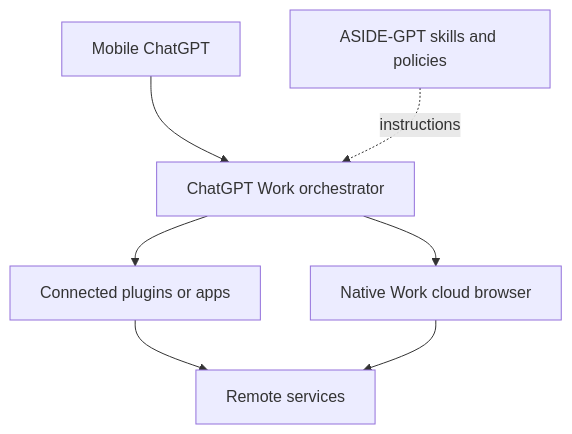
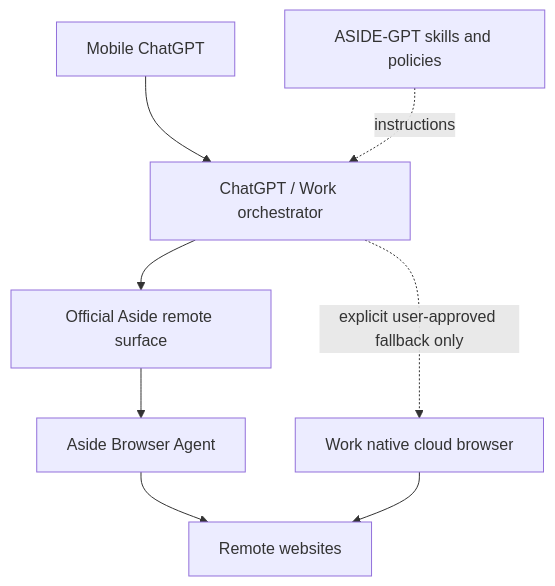
The diagram in docs/ARCHITECTURE.md (khs0927/ASIDE-GPT), drawn with Mermaid before and after one commit. The commit also changed other lines of this file, not shown here.

Commit message:
docs: switch architecture to Aside-first remote execution

````diff
--- a/docs/ARCHITECTURE.md
+++ b/docs/ARCHITECTURE.md
@@ -5,9 +5,10 @@
 ```mermaid
 flowchart TD
-    M[Mobile ChatGPT] --> W[ChatGPT Work orchestrator]
+    M[Mobile ChatGPT] --> W[ChatGPT / Work orchestrator]
     S[ASIDE-GPT skills and policies] -. instructions .-> W
-    W --> P[Connected plugins or apps]
-    W --> B[Native Work cloud browser]
-    P --> X[Remote services]
+    W --> A[Official Aside remote surface]
+    A --> AB[Aside Browser Agent]
+    AB --> X[Remote websites]
+    W -. explicit user-approved fallback only .-> B[Work native cloud browser]
     B --> X
 ```
````
